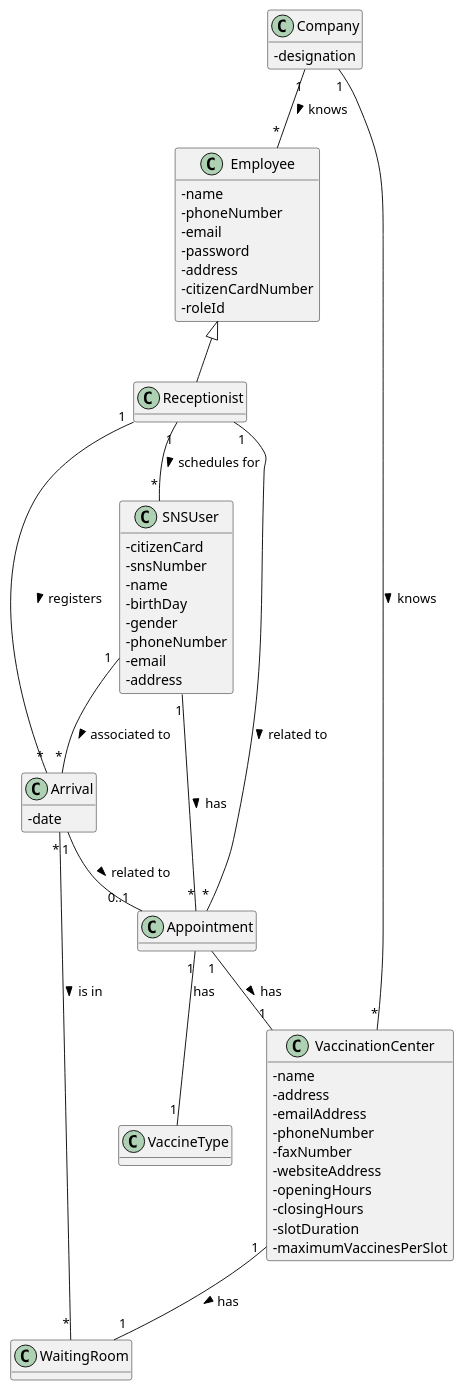
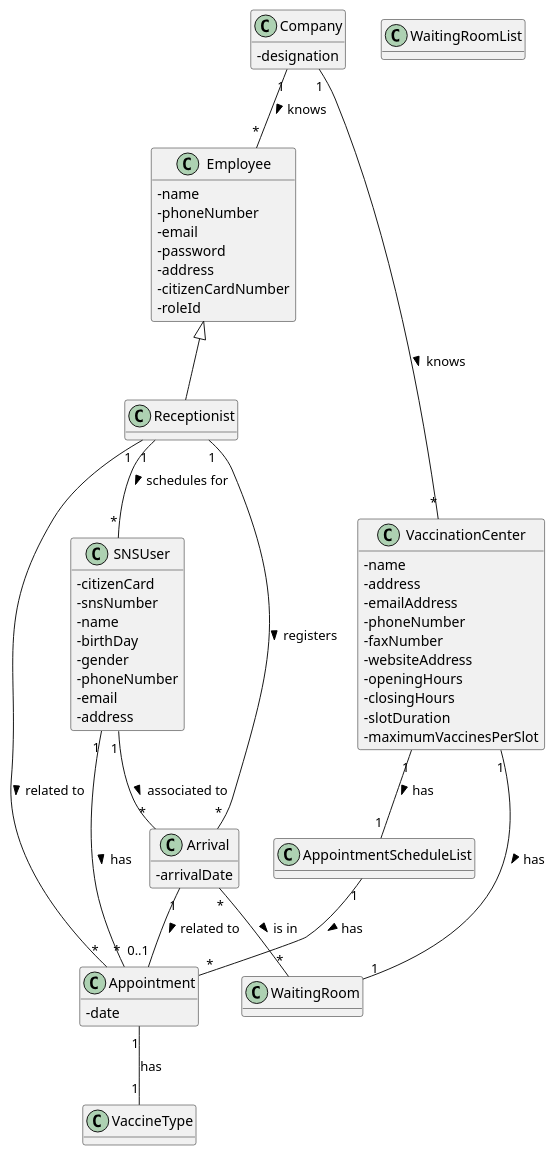
One commit to miseEnPlace-i/lapr2 changed the diagram in docs/SprintC/US04/DM/US04_DM.puml. Above: the diagram before and after it, drawn with PlantUML. The commit also changed 1 other file, not shown here.

```diff
--- a/docs/SprintC/US04/DM/US04_DM.puml
+++ b/docs/SprintC/US04/DM/US04_DM.puml
@@ -1,71 +1,78 @@
 @startuml US04_DM
 hide methods
 ' left to right direction
 skinparam classAttributeIconSize 0
 
-class Appointment {}
+class Appointment {
+  -date
+  ' -VaccineType
+}
+
+class AppointmentScheduleList {}
 
 class Arrival {
-  - date
+  - arrivalDate
 }
 
 class Company {
   - designation
 }
 
 class Employee {
   - name
   - phoneNumber
   - email
   - password
   - address
   - citizenCardNumber
   - roleId
 }
 
 class Receptionist {}
 
 class SNSUser {
   - citizenCard
   - snsNumber
   - name
   - birthDay
   - gender
   - phoneNumber
   - email
   - address
 }
 
 class VaccinationCenter {
   - name
   - address
   - emailAddress
   - phoneNumber
   - faxNumber
   - websiteAddress
   - openingHours
   - closingHours
   - slotDuration
   - maximumVaccinesPerSlot
 }
 
 class VaccineType {}
 
-class WaitingRoom {}
+class WaitingRoomList {}
 
 
 Arrival "1" -- "0..1" Appointment : related to >
 Arrival "*" -- "*" WaitingRoom : is in >
-Appointment "1" -- "1" VaccinationCenter : has >
+' Appointment "1" -- "1" VaccinationCenter : has >
+AppointmentScheduleList "1" -- "*" Appointment : has >
 Appointment "1" -- "1" VaccineType : has 
 Company "1" -- "*" Employee : knows >
 Company "1" -- "*" VaccinationCenter : knows >
 Employee <|-- Receptionist
 Receptionist "1" -- "*" Appointment : related to >
 Receptionist "1" -- "*" Arrival : registers >
 Receptionist "1" -- "*" SNSUser : schedules for >
 SNSUser "1" -- "*" Arrival : associated to >
 SNSUser "1" -- "*" Appointment : has >
 VaccinationCenter "1" -- "1" WaitingRoom : has >
+VaccinationCenter "1" -- "1" AppointmentScheduleList : has >
 
 @enduml
```
